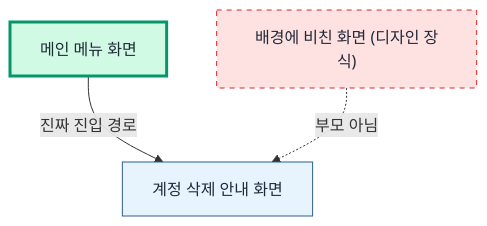
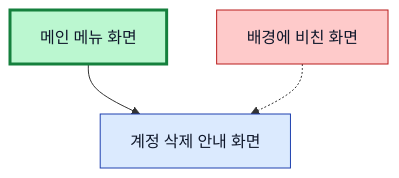
Before and after one commit to linisia/eric-company: the fifth of 7 diagrams in content/diary/c/1.md, drawn with Mermaid. The commit also changed other lines of this file, not shown here.

````diff
--- a/content/diary/c/1.md
+++ b/content/diary/c/1.md
@@ -125,8 +139,8 @@
 ```mermaid
 flowchart TD
-    A["메인 메뉴 화면"] -->|"진짜 진입 경로"| B["계정 삭제 안내 화면"]
-    C["배경에 비친 화면 (디자인 장식)"] -.->|"부모 아님"| B
-    style A fill:#d1fae5,stroke:#059669,stroke-width:3px,color:#1f2937
-    style B fill:#e8f4fd,stroke:#2c5e8f,color:#1f2937
-    style C fill:#fee2e2,stroke:#dc2626,stroke-dasharray: 5 5,color:#1f2937
+    A[메인 메뉴 화면] --> B[계정 삭제 안내 화면]
+    C[배경에 비친 화면] -.-> B
+    style A fill:#bbf7d0,stroke:#15803d,stroke-width:3px,color:#0f172a
+    style B fill:#dbeafe,stroke:#1e40af,color:#0f172a
+    style C fill:#fecaca,stroke:#b91c1c,color:#0f172a
 ```
````
